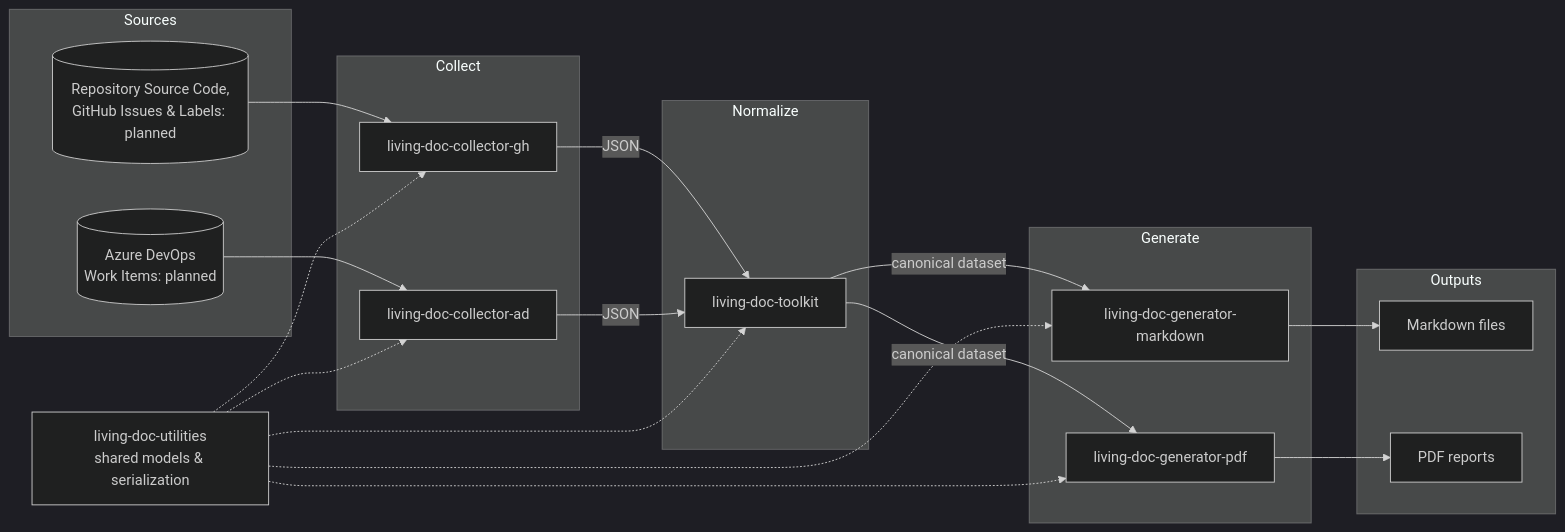
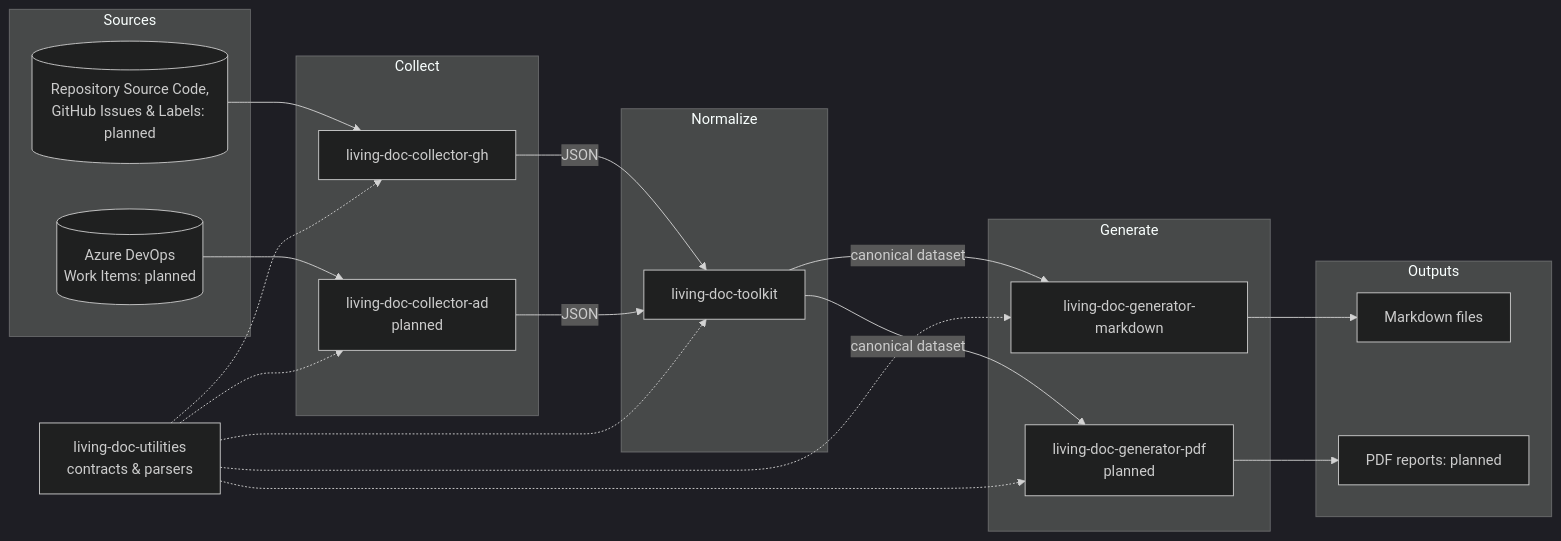
One commit to AbsaOSS/living-doc changed the first of 2 diagrams in docs/introduction/architecture.md. Above: the diagram before and after it, drawn with Mermaid (dark theme). The commit also changed other lines of this file and 40 other files, not shown here.

````diff
--- a/docs/introduction/architecture.md
+++ b/docs/introduction/architecture.md
@@ -7,40 +19,40 @@
 ```mermaid
 flowchart LR
     subgraph Sources
         GH[(Repository Source Code,<br/>GitHub Issues & Labels: planned)]
         AD[(Azure DevOps<br/>Work Items: planned)]
     end
 
     subgraph Collect
         CGH[living-doc-collector-gh]
-        CAD[living-doc-collector-ad]
+        CAD[living-doc-collector-ad<br/>planned]
     end
 
     subgraph Normalize
         TK[living-doc-toolkit]
     end
 
     subgraph Generate
         GM[living-doc-generator-markdown]
-        GPDF[living-doc-generator-pdf]
+        GPDF[living-doc-generator-pdf<br/>planned]
     end
 
     subgraph Outputs
         OM[Markdown files]
-        OPDF[PDF reports]
+        OPDF[PDF reports: planned]
     end
 
     GH --> CGH
     AD --> CAD
     CGH -- JSON --> TK
     CAD -- JSON --> TK
     TK -- canonical dataset --> GM --> OM
     TK -- canonical dataset --> GPDF --> OPDF
 
-    UTIL[living-doc-utilities<br/>shared models & serialization]
+    UTIL[living-doc-utilities<br/>contracts & parsers]
     UTIL -.-> CGH
     UTIL -.-> CAD
     UTIL -.-> TK
     UTIL -.-> GM
     UTIL -.-> GPDF
 ```
````
